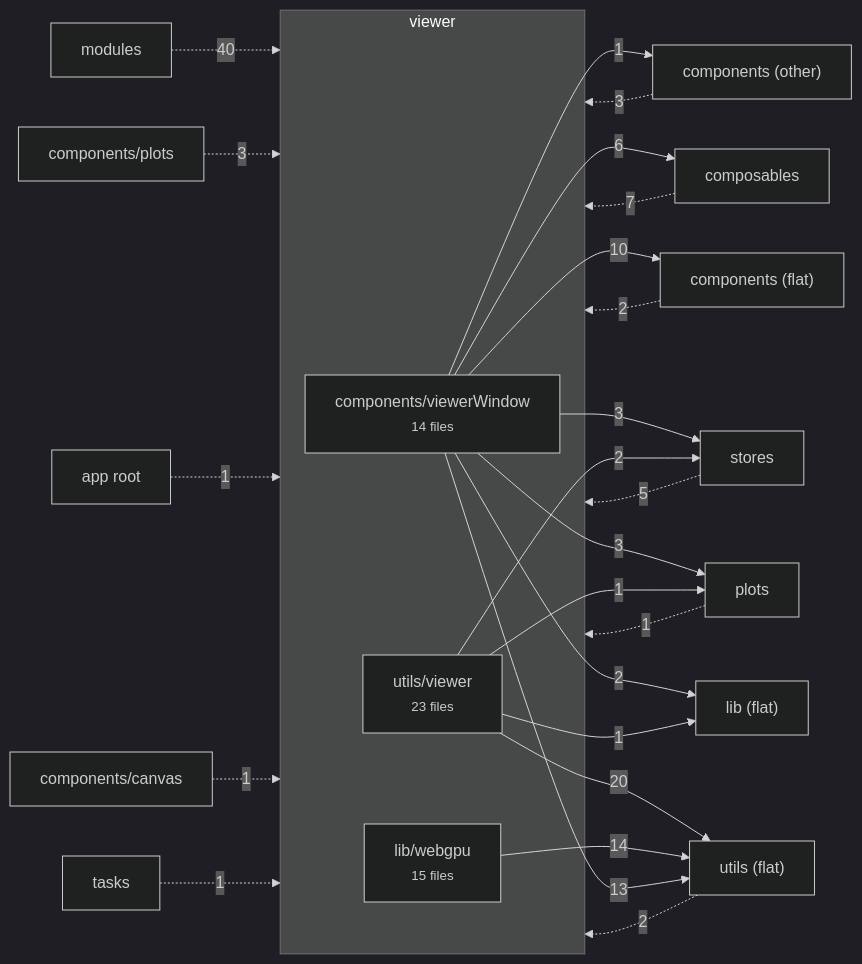
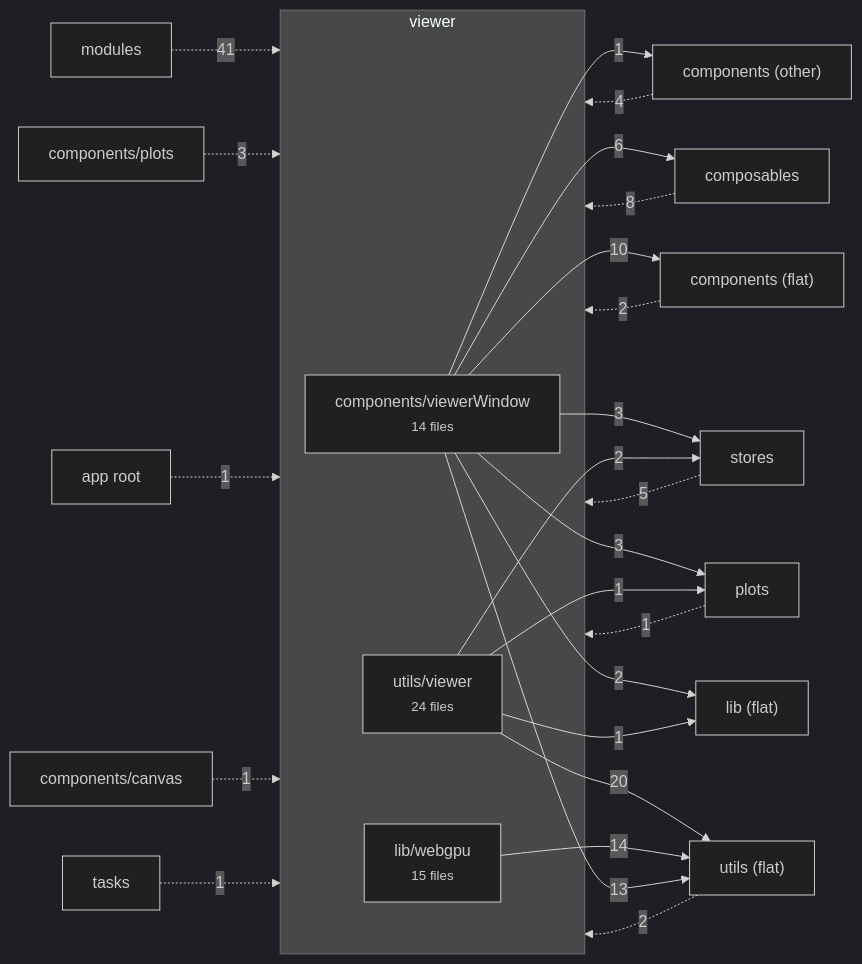
Before and after one commit to schienstockd/cecelia: the diagram in docs/architecture/vue/viewer.md, drawn with Mermaid (dark theme). The commit also changed 19 other files, not shown here.

````diff
--- a/docs/architecture/vue/viewer.md
+++ b/docs/architecture/vue/viewer.md
@@ -9,31 +9,31 @@
 ```mermaid
 flowchart LR
   subgraph V["viewer"]
     components_viewerWindow["components/viewerWindow<br/><small>14 files</small>"]
     lib_webgpu["lib/webgpu<br/><small>15 files</small>"]
-    utils_viewer["utils/viewer<br/><small>23 files</small>"]
+    utils_viewer["utils/viewer<br/><small>24 files</small>"]
   end
   utils_viewer -->|20| utils__flat_["utils (flat)"]
   lib_webgpu -->|14| utils__flat_["utils (flat)"]
   components_viewerWindow -->|13| utils__flat_["utils (flat)"]
   components_viewerWindow -->|10| components__flat_["components (flat)"]
   components_viewerWindow -->|6| composables["composables"]
   components_viewerWindow -->|3| plots["plots"]
   components_viewerWindow -->|3| stores["stores"]
   components_viewerWindow -->|2| lib__flat_["lib (flat)"]
   utils_viewer -->|2| stores["stores"]
   components_viewerWindow -->|1| components__other_["components (other)"]
   utils_viewer -->|1| lib__flat_["lib (flat)"]
   utils_viewer -->|1| plots["plots"]
-  modules["modules"] -.->|40| V
-  composables["composables"] -.->|7| V
+  modules["modules"] -.->|41| V
+  composables["composables"] -.->|8| V
   stores["stores"] -.->|5| V
-  components__other_["components (other)"] -.->|3| V
+  components__other_["components (other)"] -.->|4| V
   components_plots["components/plots"] -.->|3| V
   components__flat_["components (flat)"] -.->|2| V
   utils__flat_["utils (flat)"] -.->|2| V
   app_root["app root"] -.->|1| V
   components_canvas["components/canvas"] -.->|1| V
   plots["plots"] -.->|1| V
   tasks["tasks"] -.->|1| V
 ```
````
